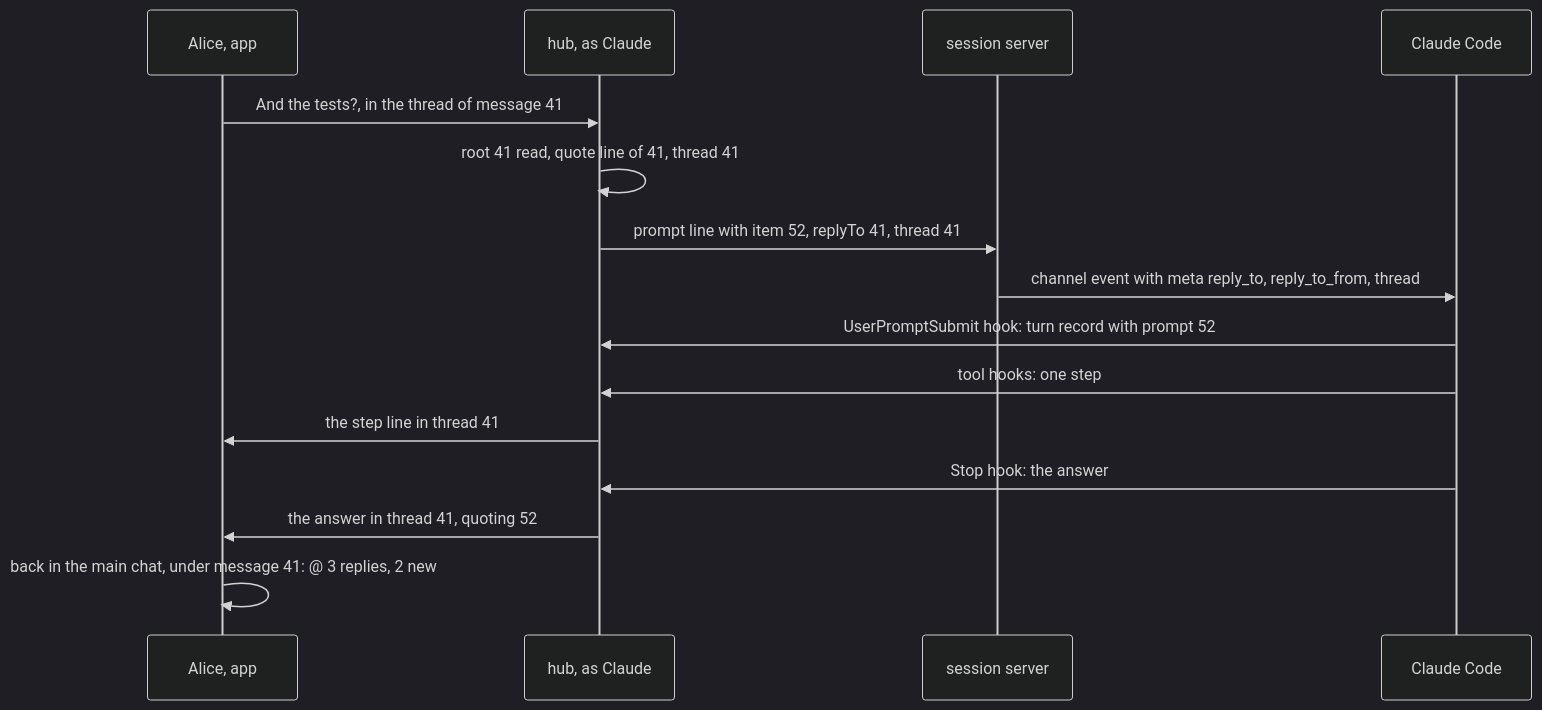
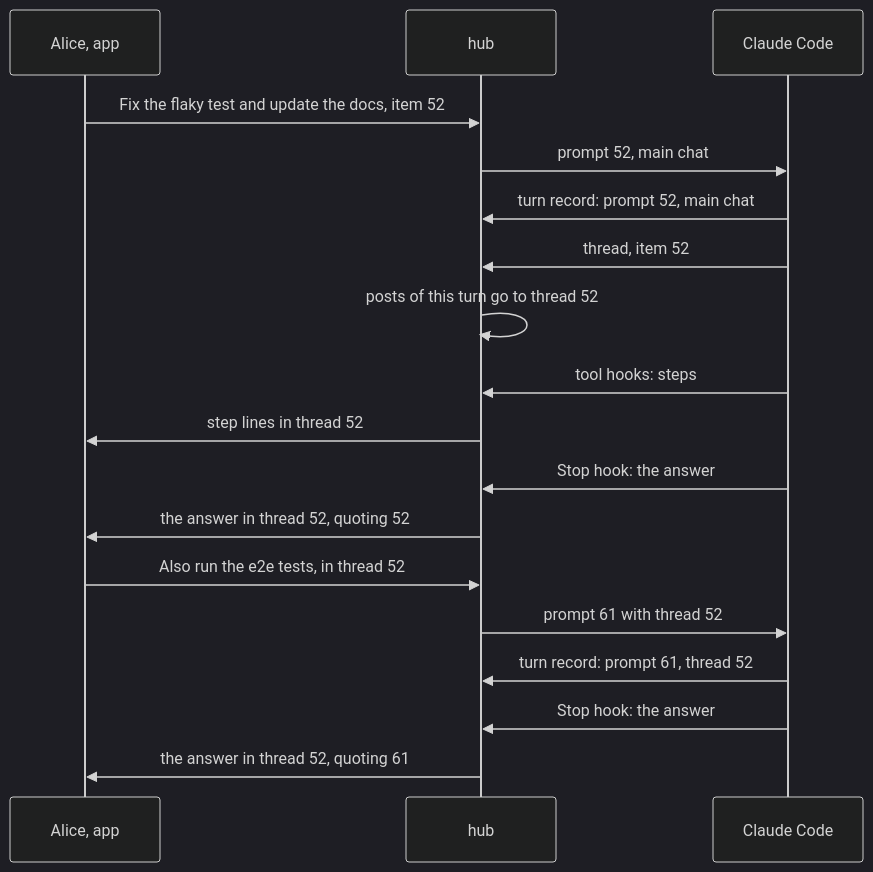
The second of 4 diagrams in plans/2026-11-13-mcp-threads.md (evgeny-simplex/simplex-chat), drawn with Mermaid (dark theme) before and after one commit. The commit also changed other lines of this file, not shown here.

Commit message:
plan: mcp-threads with channel comments, stages, Claude's tasks

````diff
--- a/plans/2026-11-13-mcp-threads.md
+++ b/plans/2026-11-13-mcp-threads.md
@@ -113,17 +140,20 @@
 ```mermaid
 sequenceDiagram
   participant A as Alice, app
-  participant H as hub, as Claude
-  participant S as session server
+  participant H as hub
   participant C as Claude Code
-  A->>H: And the tests?, in the thread of message 41
-  H->>H: root 41 read, quote line of 41, thread 41
-  H->>S: prompt line with item 52, replyTo 41, thread 41
-  S->>C: channel event with meta reply_to, reply_to_from, thread
-  C->>H: UserPromptSubmit hook: turn record with prompt 52
-  C->>H: tool hooks: one step
-  H->>A: the step line in thread 41
+  A->>H: Fix the flaky test and update the docs, item 52
+  H->>C: prompt 52, main chat
+  C->>H: turn record: prompt 52, main chat
+  C->>H: thread, item 52
+  H->>H: posts of this turn go to thread 52
+  C->>H: tool hooks: steps
+  H->>A: step lines in thread 52
   C->>H: Stop hook: the answer
-  H->>A: the answer in thread 41, quoting 52
-  A->>A: back in the main chat, under message 41: @ 3 replies, 2 new
+  H->>A: the answer in thread 52, quoting 52
+  A->>H: Also run the e2e tests, in thread 52
+  H->>C: prompt 61 with thread 52
+  C->>H: turn record: prompt 61, thread 52
+  C->>H: Stop hook: the answer
+  H->>A: the answer in thread 52, quoting 61
 ```
````
